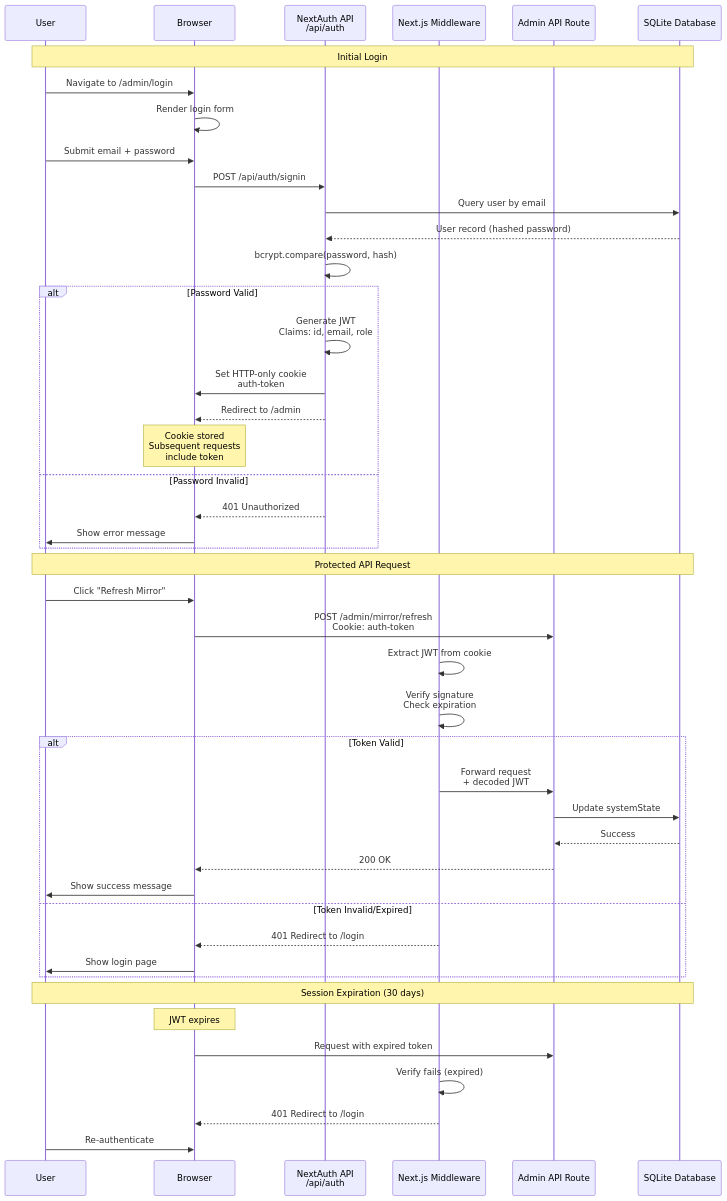
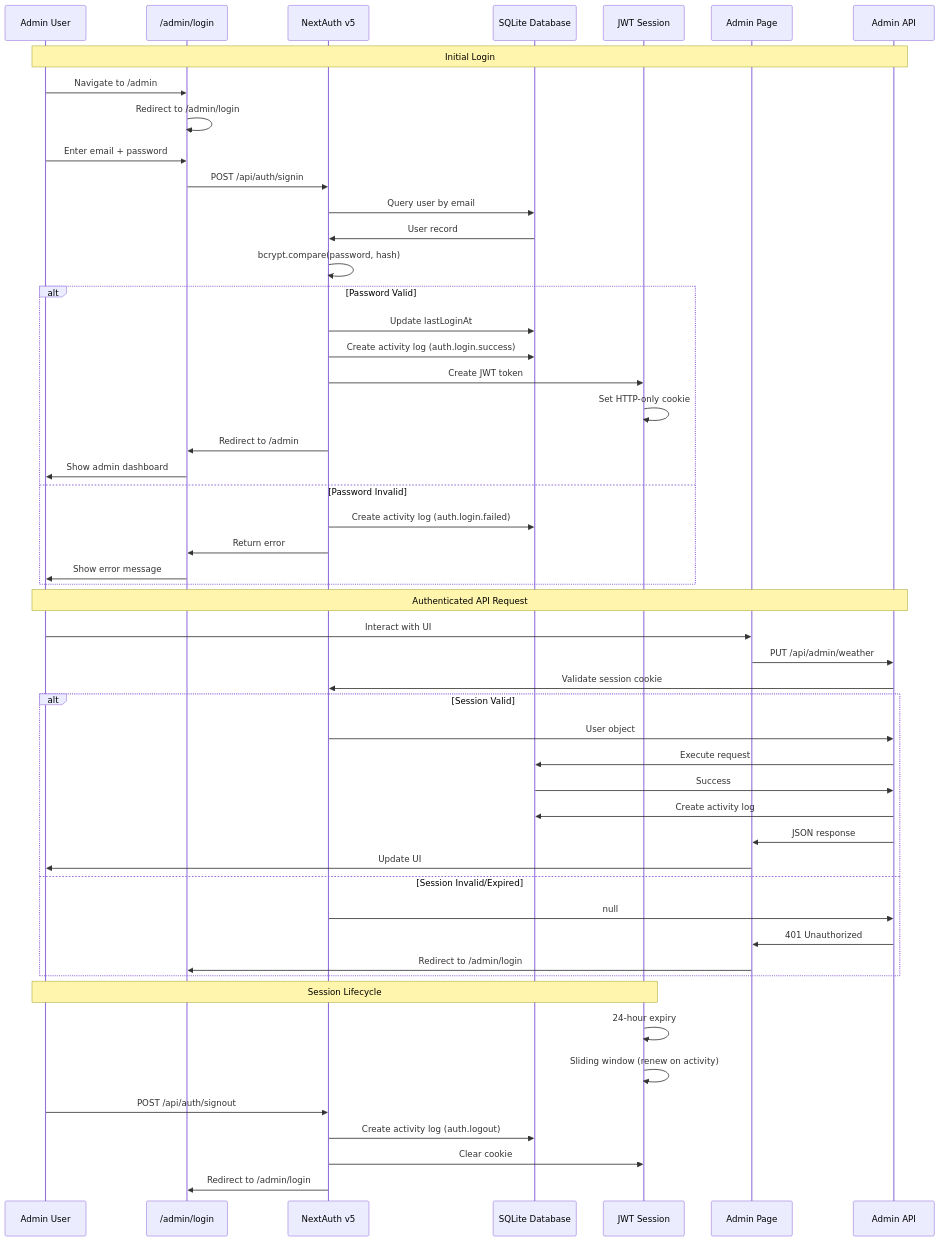
The fourth of 5 diagrams in docs/ARCHITECTURE.md (jjones-wps/jjones-magic-mirror), drawn with Mermaid before and after one commit. The commit also changed other lines of this file and 18 other files, not shown here.

````diff
--- a/docs/ARCHITECTURE.md
+++ b/docs/ARCHITECTURE.md
@@ -379,54 +374,63 @@
 ```mermaid
 sequenceDiagram
-    participant User
-    participant Browser
-    participant NextAuth as NextAuth API<br/>/api/auth
-    participant Middleware as Next.js Middleware
-    participant AdminAPI as Admin API Route
+    participant User as Admin User
+    participant Login as /admin/login
+    participant NextAuth as NextAuth v5
     participant DB as SQLite Database
+    participant Session as JWT Session
+    participant AdminPage as Admin Page
+    participant AdminAPI as Admin API
 
-    Note over User,DB: Initial Login
-    User->>Browser: Navigate to /admin/login
-    Browser->>Browser: Render login form
-    User->>Browser: Submit email + password
-    Browser->>NextAuth: POST /api/auth/signin
+    Note over User,AdminAPI: Initial Login
+
+    User->>Login: Navigate to /admin
+    Login->>Login: Redirect to /admin/login
+    User->>Login: Enter email + password
+    Login->>NextAuth: POST /api/auth/signin
 
     NextAuth->>DB: Query user by email
-    DB-->>NextAuth: User record (hashed password)
+    DB->>NextAuth: User record
     NextAuth->>NextAuth: bcrypt.compare(password, hash)
 
     alt Password Valid
-        NextAuth->>NextAuth: Generate JWT<br/>Claims: id, email, role
-        NextAuth->>Browser: Set HTTP-only cookie<br/>auth-token
-        NextAuth-->>Browser: Redirect to /admin
-        Note over Browser: Cookie stored<br/>Subsequent requests<br/>include token
+        NextAuth->>DB: Update lastLoginAt
+        NextAuth->>DB: Create activity log (auth.login.success)
+        NextAuth->>Session: Create JWT token
+        Session->>Session: Set HTTP-only cookie
+        NextAuth->>Login: Redirect to /admin
+        Login->>User: Show admin dashboard
     else Password Invalid
-        NextAuth-->>Browser: 401 Unauthorized
-        Browser->>User: Show error message
+        NextAuth->>DB: Create activity log (auth.login.failed)
+        NextAuth->>Login: Return error
+        Login->>User: Show error message
     end
 
-    Note over User,DB: Protected API Request
-    User->>Browser: Click "Refresh Mirror"
-    Browser->>AdminAPI: POST /admin/mirror/refresh<br/>Cookie: auth-token
+    Note over User,AdminAPI: Authenticated API Request
 
-    Middleware->>Middleware: Extract JWT from cookie
-    Middleware->>Middleware: Verify signature<br/>Check expiration
+    User->>AdminPage: Interact with UI
+    AdminPage->>AdminAPI: PUT /api/admin/weather
+    AdminAPI->>NextAuth: Validate session cookie
 
-    alt Token Valid
-        Middleware->>AdminAPI: Forward request<br/>+ decoded JWT
-        AdminAPI->>DB: Update systemState
-        DB-->>AdminAPI: Success
-        AdminAPI-->>Browser: 200 OK
-        Browser->>User: Show success message
-    else Token Invalid/Expired
-        Middleware-->>Browser: 401 Redirect to /login
-        Browser->>User: Show login page
+    alt Session Valid
+        NextAuth->>AdminAPI: User object
+        AdminAPI->>DB: Execute request
+        DB->>AdminAPI: Success
+        AdminAPI->>DB: Create activity log
+        AdminAPI->>AdminPage: JSON response
+        AdminPage->>User: Update UI
+    else Session Invalid/Expired
+        NextAuth->>AdminAPI: null
+        AdminAPI->>AdminPage: 401 Unauthorized
+        AdminPage->>Login: Redirect to /admin/login
     end
 
-    Note over User,DB: Session Expiration (30 days)
-    Note over Browser: JWT expires
-    Browser->>AdminAPI: Request with expired token
-    Middleware->>Middleware: Verify fails (expired)
-    Middleware-->>Browser: 401 Redirect to /login
-    User->>Browser: Re-authenticate
+    Note over User,Session: Session Lifecycle
+
+    Session->>Session: 24-hour expiry
+    Session->>Session: Sliding window (renew on activity)
+
+    User->>NextAuth: POST /api/auth/signout
+    NextAuth->>DB: Create activity log (auth.logout)
+    NextAuth->>Session: Clear cookie
+    NextAuth->>Login: Redirect to /admin/login
 ```
````
